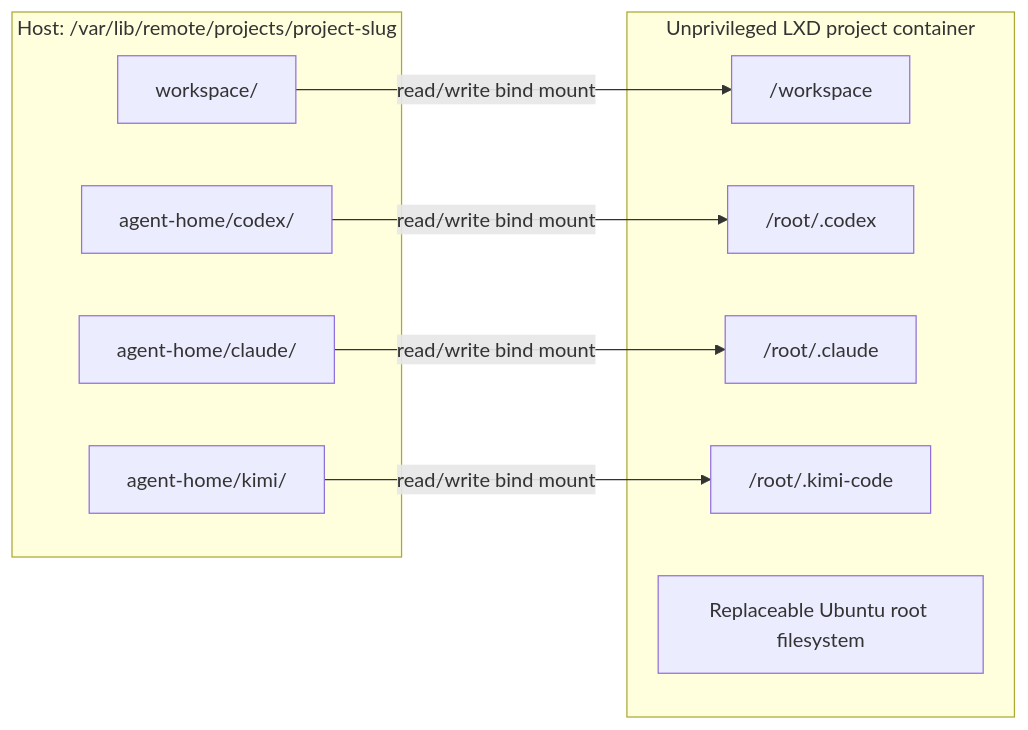
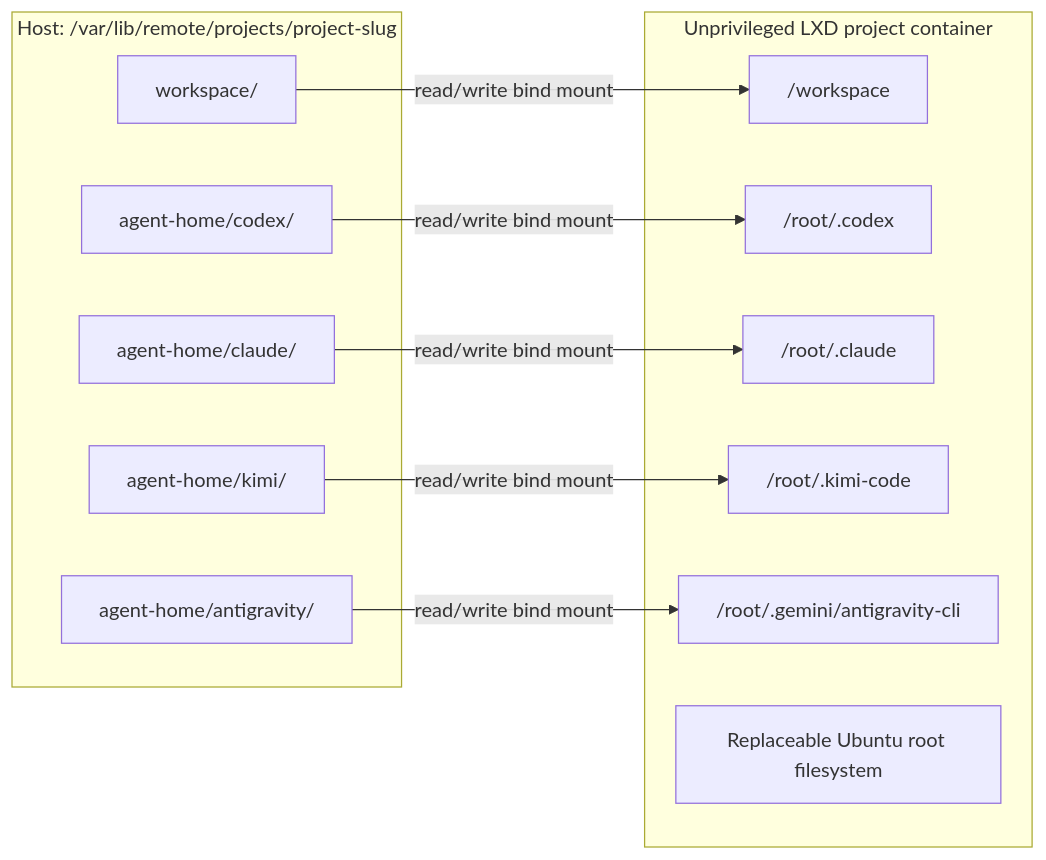
One commit to AbdallahMohamedDotnet/remote.futrx changed the fourth of 8 diagrams in docs/01-overview/00-philosophy.md. Above: the diagram before and after it, drawn with Mermaid. The commit also changed other lines of this file and 27 other files, not shown here.

````diff
--- a/docs/01-overview/00-philosophy.md
+++ b/docs/01-overview/00-philosophy.md
@@ -176,22 +176,25 @@
 ```mermaid
 flowchart LR
     subgraph Host["Host: /var/lib/remote/projects/project-slug"]
         WorkspaceHost["workspace/"]
         CodexHost["agent-home/codex/"]
         ClaudeHost["agent-home/claude/"]
         KimiHost["agent-home/kimi/"]
+        AntigravityHost["agent-home/antigravity/"]
     end
 
     subgraph Container["Unprivileged LXD project container"]
         Workspace["/workspace"]
         Codex["/root/.codex"]
         Claude["/root/.claude"]
         Kimi["/root/.kimi-code"]
+        Antigravity["/root/.gemini/antigravity-cli"]
         RootFS["Replaceable Ubuntu root filesystem"]
     end
 
     WorkspaceHost -->|"read/write bind mount"| Workspace
     CodexHost -->|"read/write bind mount"| Codex
     ClaudeHost -->|"read/write bind mount"| Claude
     KimiHost -->|"read/write bind mount"| Kimi
+    AntigravityHost -->|"read/write bind mount"| Antigravity
 ```
````
